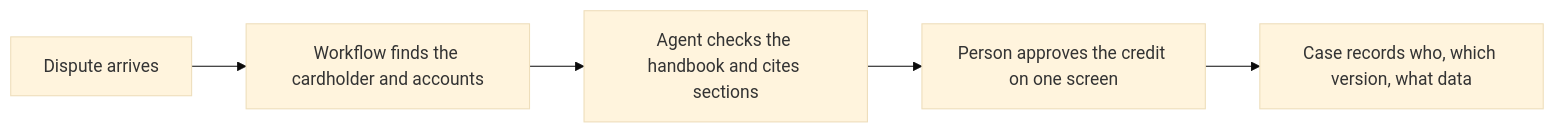
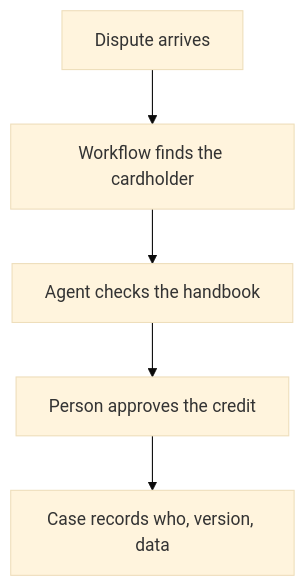
The diagram in docs/welcome.md (chanl-ai/ops-ai), drawn with Mermaid (base theme) before and after one commit. The commit also changed other lines of this file and 10 other files, not shown here.

````diff
--- a/docs/welcome.md
+++ b/docs/welcome.md
@@ -56,7 +56,7 @@
 ```mermaid caption="A card dispute from arrival to a recorded approval: each step is done before a person opens the case"
-flowchart LR
-  A[Dispute arrives] --> B[Workflow finds the cardholder and accounts]
-  B --> C[Agent checks the handbook and cites sections]
-  C --> D[Person approves the credit on one screen]
-  D --> E[Case records who, which version, what data]
+flowchart TD
+  A[Dispute arrives] --> B[Workflow finds the cardholder]
+  B --> C[Agent checks the handbook]
+  C --> D[Person approves the credit]
+  D --> E[Case records who, version, data]
 ```
````
